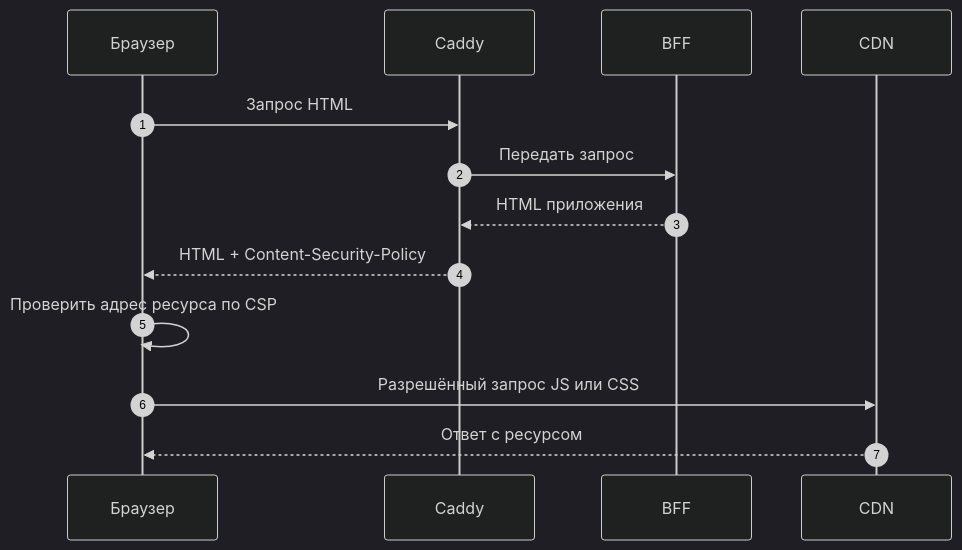
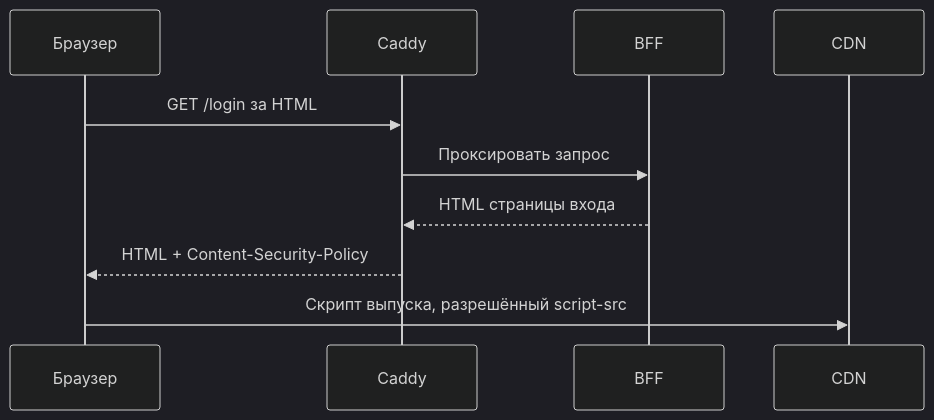
One commit to Cringe-Driven-Development-Team/docs changed the first of 2 diagrams in site/documentation/security/csp.md. Above: the diagram before and after it, drawn with Mermaid (dark theme). The commit also changed other lines of this file and 13 other files, not shown here.

Commit message:
docs(security): переписать справочник по защите приложения

````diff
--- a/site/documentation/security/csp.md
+++ b/site/documentation/security/csp.md
@@ -28,16 +13,12 @@
 ```mermaid
-%% Sequence: Caddy добавляет политику к HTML; браузер проверяет прямой запрос к CDN.
 sequenceDiagram
-    autonumber
-    participant browser as Браузер
-    participant caddy as Caddy
-    participant bff as BFF
-    participant cdn as CDN
-    browser->>caddy: Запрос HTML
-    caddy->>bff: Передать запрос
-    bff-->>caddy: HTML приложения
-    caddy-->>browser: HTML + Content-Security-Policy
-    browser->>browser: Проверить адрес ресурса по CSP
-    browser->>cdn: Разрешённый запрос JS или CSS
-    cdn-->>browser: Ответ с ресурсом
+    participant B as Браузер
+    participant C as Caddy
+    participant A as BFF
+    participant D as CDN
+    B->>C: GET /login за HTML
+    C->>A: Проксировать запрос
+    A-->>C: HTML страницы входа
+    C-->>B: HTML + Content-Security-Policy
+    B->>D: Скрипт выпуска, разрешённый script-src
 ```
````
